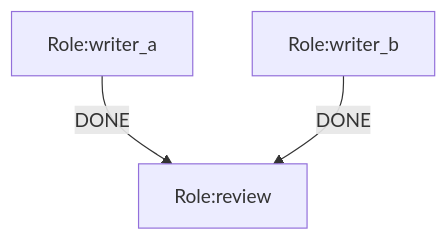
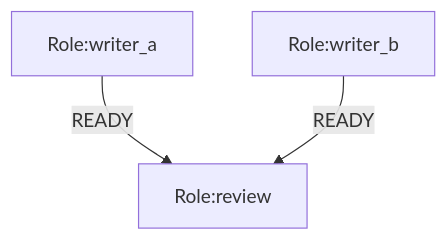
The diagram in docs/usage/context-map-projection-guide.md (Fredericzhou/ogsystem), drawn with Mermaid before and after one commit. The commit also changed 21 other files, not shown here.

Commit message:
docs: align architecture semantics and validation records

````diff
--- a/docs/usage/context-map-projection-guide.md
+++ b/docs/usage/context-map-projection-guide.md
@@ -147,14 +147,14 @@
 ```mermaid
 flowchart TD
 %% system.id=demo.context.map
 %% system.version=1.0.0
 %% law.global=law.default
 %% join.mode.review=all_of
 %% join.sources.review=writer_a,writer_b
 %% context.map.review.a_content=source(writer_a).content
 %% context.map.review.b_content=source(writer_b).content
 %% context.map.review.task=global.task
 
-writer_a[Role:writer_a] -->|DONE| review[Role:review]
-writer_b[Role:writer_b] -->|DONE| review[Role:review]
+writer_a[Role:writer_a] -->|READY| review[Role:review]
+writer_b[Role:writer_b] -->|READY| review[Role:review]
 ```
````
